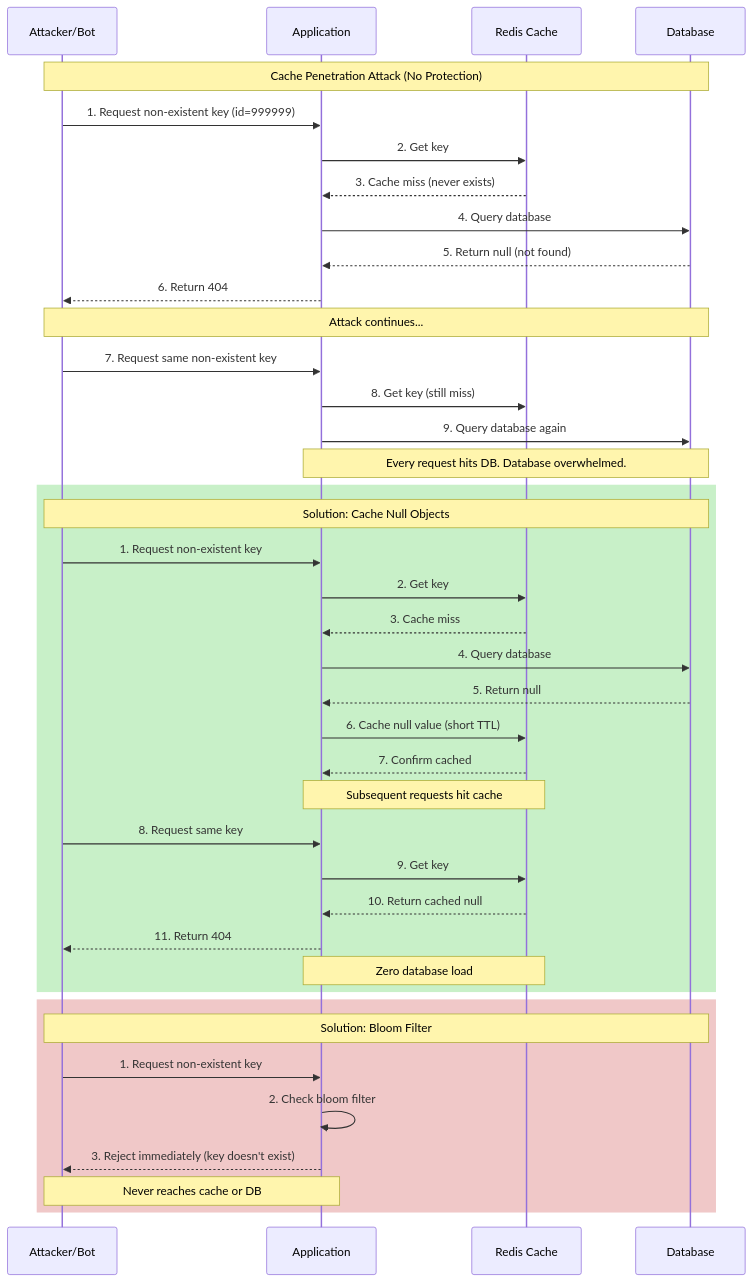
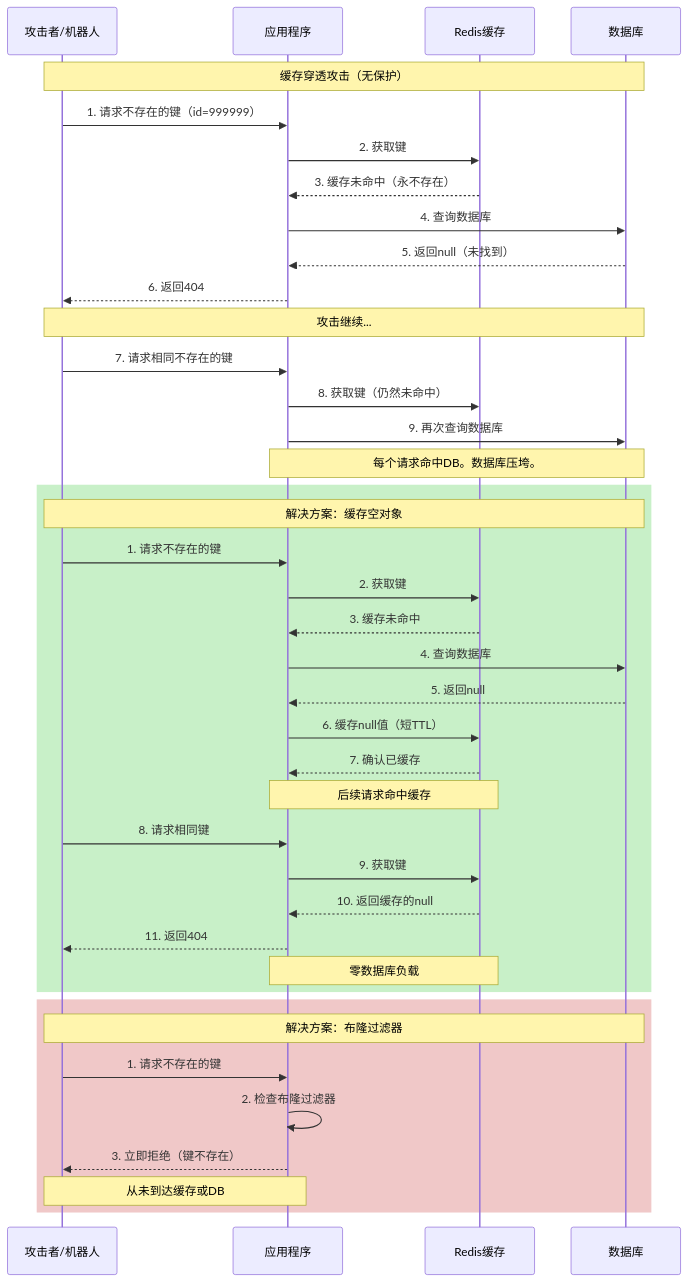
One commit to YiWang24/AiDIY changed the third of 3 diagrams in i18n/zh-Hans/docusaurus-plugin-content-docs/current/cs/system-design/caching-layer.mdx. Above: the diagram before and after it, drawn with Mermaid. The commit also changed other lines of this file and 26 other files, not shown here.

````diff
--- a/i18n/zh-Hans/docusaurus-plugin-content-docs/current/cs/system-design/caching-layer.mdx
+++ b/i18n/zh-Hans/docusaurus-plugin-content-docs/current/cs/system-design/caching-layer.mdx
@@ -997,47 +997,47 @@
 ```mermaid
 sequenceDiagram
-    participant Attacker as Attacker/Bot
-    participant App as Application
-    participant Cache as Redis Cache
-    participant DB as Database
+    participant Attacker as 攻击者/机器人
+    participant App as 应用程序
+    participant Cache as Redis缓存
+    participant DB as 数据库
 
-    Note over Attacker,DB: Cache Penetration Attack (No Protection)
-    Attacker->>App: 1. Request non-existent key (id=999999)
-    App->>Cache: 2. Get key
-    Cache-->>App: 3. Cache miss (never exists)
-    App->>DB: 4. Query database
-    DB-->>App: 5. Return null (not found)
-    App-->>Attacker: 6. Return 404
+    Note over Attacker,DB: 缓存穿透攻击（无保护）
+    Attacker->>App: 1. 请求不存在的键（id=999999）
+    App->>Cache: 2. 获取键
+    Cache-->>App: 3. 缓存未命中（永不存在）
+    App->>DB: 4. 查询数据库
+    DB-->>App: 5. 返回null（未找到）
+    App-->>Attacker: 6. 返回404
 
-    Note over Attacker,DB: Attack continues...
-    Attacker->>App: 7. Request same non-existent key
-    App->>Cache: 8. Get key (still miss)
-    App->>DB: 9. Query database again
-    Note over App,DB: Every request hits DB. Database overwhelmed.
+    Note over Attacker,DB: 攻击继续...
+    Attacker->>App: 7. 请求相同不存在的键
+    App->>Cache: 8. 获取键（仍然未命中）
+    App->>DB: 9. 再次查询数据库
+    Note over App,DB: 每个请求命中DB。数据库压垮。
 
     rect rgb(200, 240, 200)
-        Note over Attacker,DB: Solution: Cache Null Objects
-        Attacker->>App: 1. Request non-existent key
-        App->>Cache: 2. Get key
-        Cache-->>App: 3. Cache miss
-        App->>DB: 4. Query database
-        DB-->>App: 5. Return null
-        App->>Cache: 6. Cache null value (short TTL)
-        Cache-->>App: 7. Confirm cached
-        Note over App,Cache: Subsequent requests hit cache
+        Note over Attacker,DB: 解决方案：缓存空对象
+        Attacker->>App: 1. 请求不存在的键
+        App->>Cache: 2. 获取键
+        Cache-->>App: 3. 缓存未命中
+        App->>DB: 4. 查询数据库
+        DB-->>App: 5. 返回null
+        App->>Cache: 6. 缓存null值（短TTL）
+        Cache-->>App: 7. 确认已缓存
+        Note over App,Cache: 后续请求命中缓存
 
-        Attacker->>App: 8. Request same key
-        App->>Cache: 9. Get key
-        Cache-->>App: 10. Return cached null
-        App-->>Attacker: 11. Return 404
-        Note over App,Cache: Zero database load
+        Attacker->>App: 8. 请求相同键
+        App->>Cache: 9. 获取键
+        Cache-->>App: 10. 返回缓存的null
+        App-->>Attacker: 11. 返回404
+        Note over App,Cache: 零数据库负载
     end
 
     rect rgb(240, 200, 200)
-        Note over Attacker,DB: Solution: Bloom Filter
-        Attacker->>App: 1. Request non-existent key
-        App->>App: 2. Check bloom filter
-        App-->>Attacker: 3. Reject immediately (key doesn't exist)
-        Note over Attacker,App: Never reaches cache or DB
+        Note over Attacker,DB: 解决方案：布隆过滤器
+        Attacker->>App: 1. 请求不存在的键
+        App->>App: 2. 检查布隆过滤器
+        App-->>Attacker: 3. 立即拒绝（键不存在）
+        Note over Attacker,App: 从未到达缓存或DB
     end
 ```
````
